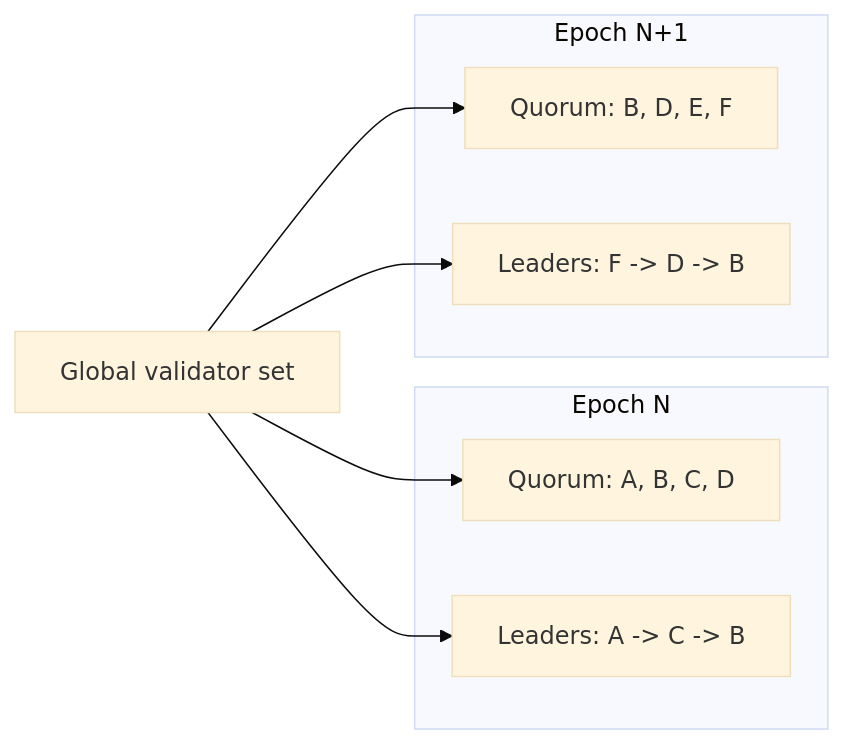
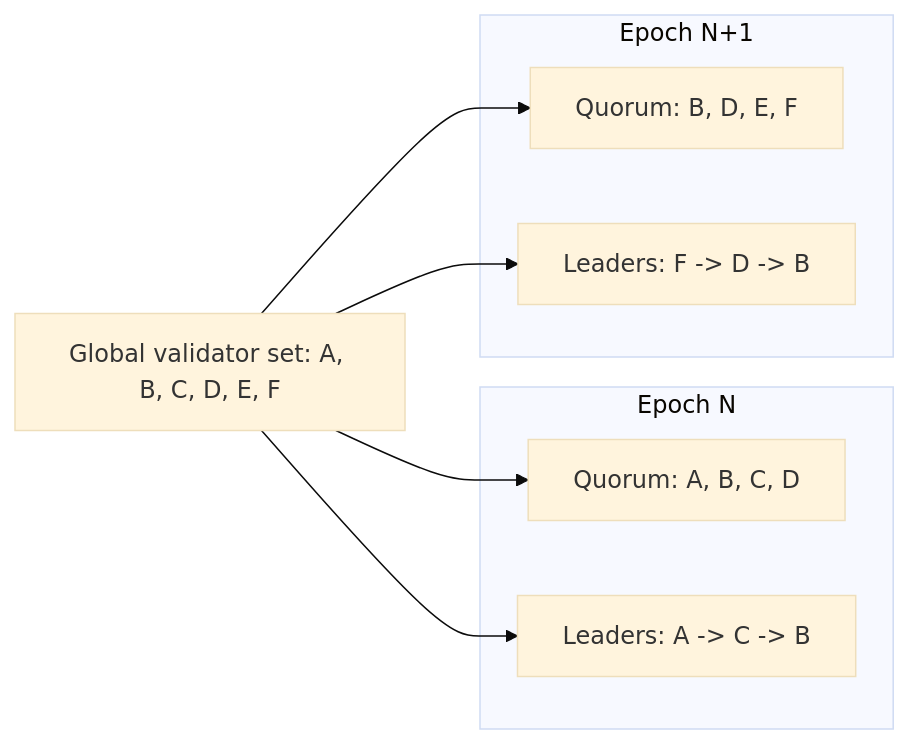
One commit to ModulrCloud/modulr-core changed the second of 8 diagrams in wiki/workflow_description.md. Above: the diagram before and after it, drawn with Mermaid (base theme). The commit also changed 1 other file, not shown here.

Commit message:
Visualisations update

````diff
--- a/wiki/workflow_description.md
+++ b/wiki/workflow_description.md
@@ -36,19 +36,19 @@
 ```mermaid
 flowchart LR
-    V["Global validator set"]
+    V["Global validator set: A, B, C, D, E, F"]
 
     subgraph EpochN["Epoch N"]
         QN["Quorum: A, B, C, D"]
         LN["Leaders: A -> C -> B"]
     end
 
     subgraph EpochNext["Epoch N+1"]
         QNP["Quorum: B, D, E, F"]
         LNP["Leaders: F -> D -> B"]
     end
 
     V --> QN
     V --> LN
     V --> QNP
     V --> LNP
 ```
````
